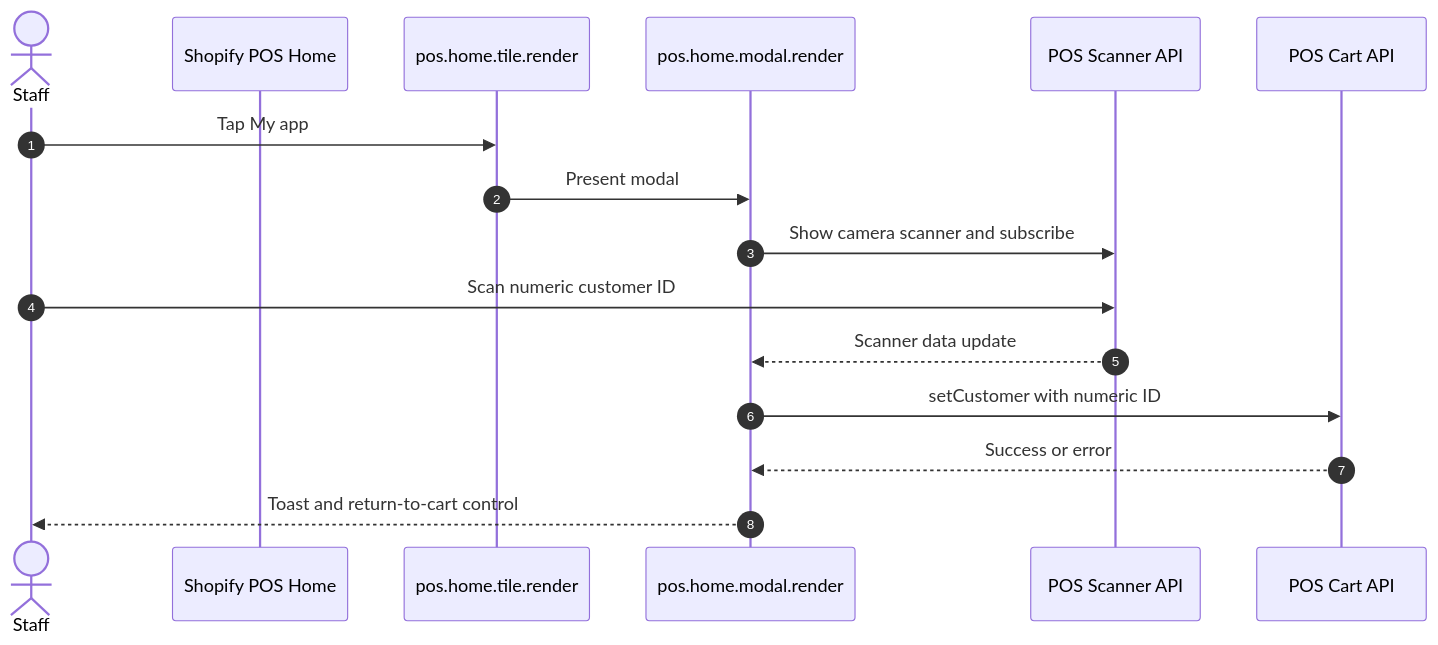
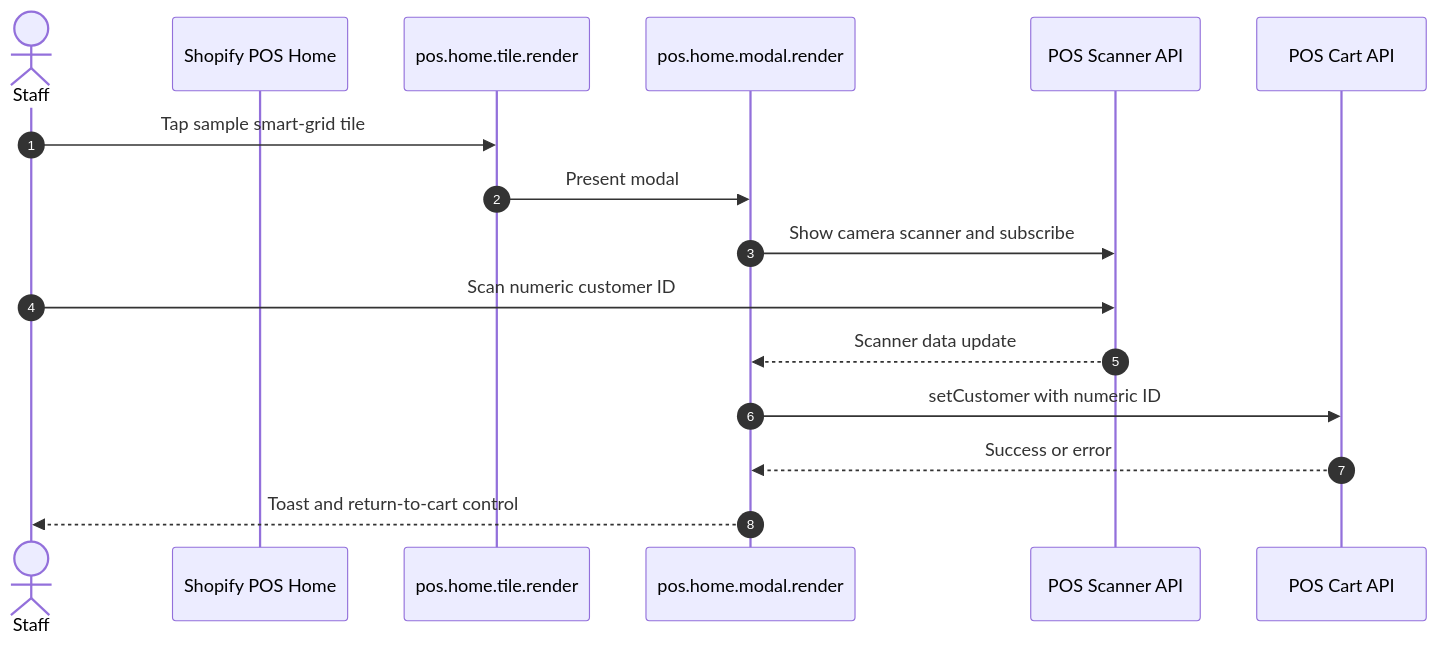
The first of 2 diagrams in docs/16-posui.md (benzookapi/shopify-barebone-app-sample), drawn with Mermaid before and after one commit. The commit also changed other lines of this file, not shown here.

Commit message:
Document POS prerequisites and tile setup

````diff
--- a/docs/16-posui.md
+++ b/docs/16-posui.md
@@ -16,19 +24,19 @@
 ```mermaid
 sequenceDiagram
     autonumber
     actor Staff
     participant POS as Shopify POS Home
     participant Tile as pos.home.tile.render
     participant Modal as pos.home.modal.render
     participant Scanner as POS Scanner API
     participant Cart as POS Cart API
 
-    Staff->>Tile: Tap My app
+    Staff->>Tile: Tap sample smart-grid tile
     Tile->>Modal: Present modal
     Modal->>Scanner: Show camera scanner and subscribe
     Staff->>Scanner: Scan numeric customer ID
     Scanner-->>Modal: Scanner data update
     Modal->>Cart: setCustomer with numeric ID
     Cart-->>Modal: Success or error
     Modal-->>Staff: Toast and return-to-cart control
 ```
````
